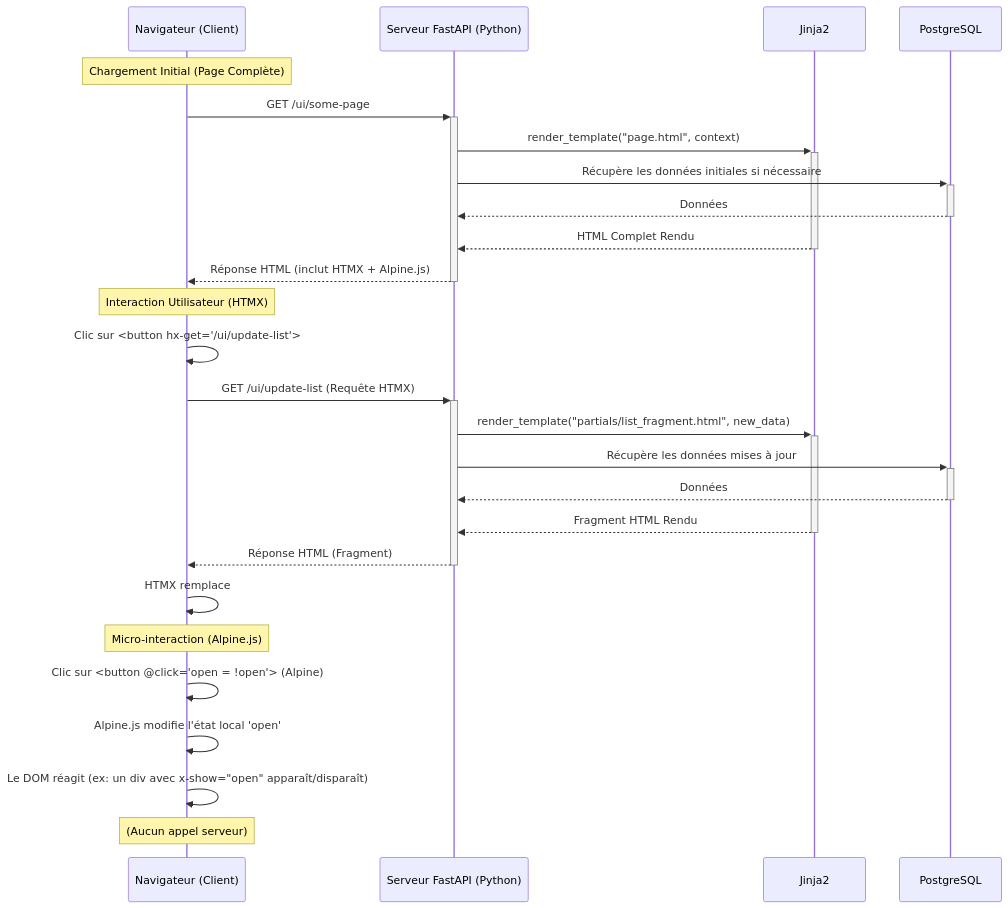
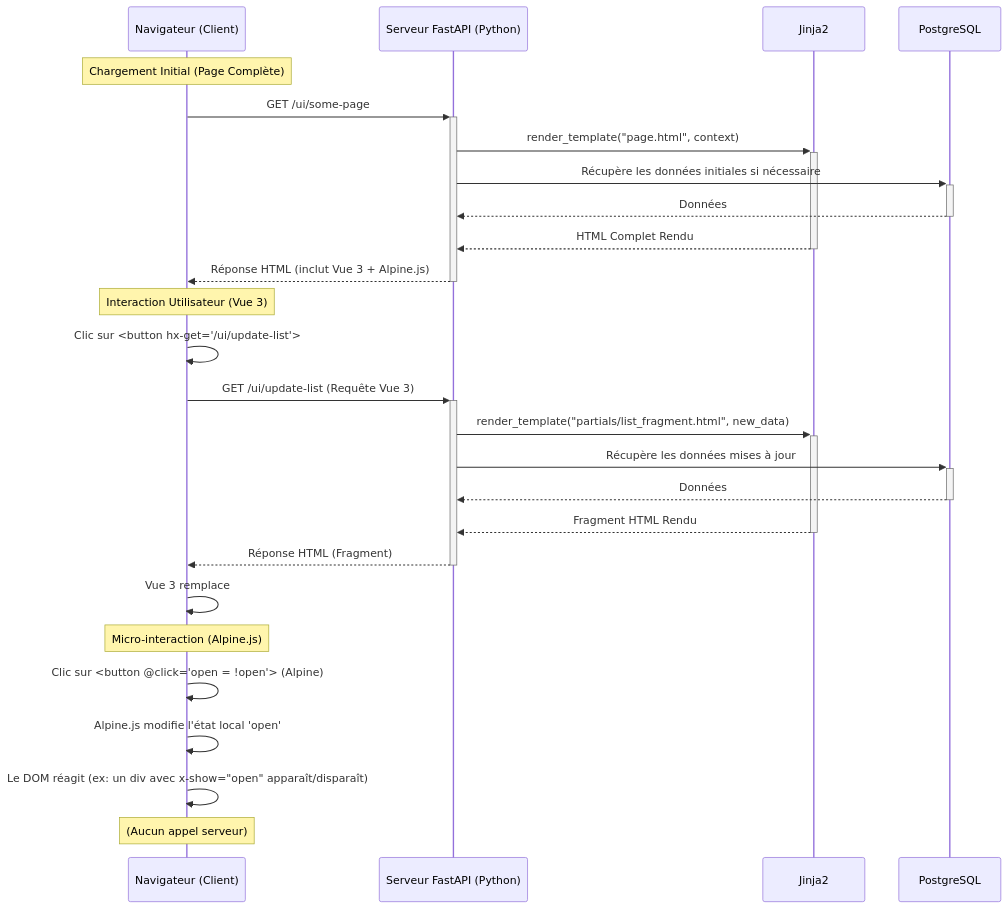
The diagram in docs/01_DECISIONS/DECISION_ui_architecture.md (giak/mnemo-lite), drawn with Mermaid before and after one commit. The commit also changed other lines of this file and 4 other files, not shown here.

````diff
--- a/docs/01_DECISIONS/DECISION_ui_architecture.md
+++ b/docs/01_DECISIONS/DECISION_ui_architecture.md
@@ -35,31 +35,31 @@
 ```mermaid
 sequenceDiagram
     participant Browser as Navigateur (Client)
     participant FastAPI as Serveur FastAPI (Python)
     participant Jinja2
     participant PostgreSQL
 
     Note over Browser: Chargement Initial (Page Complète)
     Browser->>+FastAPI: GET /ui/some-page
     FastAPI->>+Jinja2: render_template("page.html", context)
     FastAPI->>+PostgreSQL: Récupère les données initiales si nécessaire
     PostgreSQL-->>-FastAPI: Données
     Jinja2-->>-FastAPI: HTML Complet Rendu
-    FastAPI-->>-Browser: Réponse HTML (inclut HTMX + Alpine.js)
+    FastAPI-->>-Browser: Réponse HTML (inclut Vue 3 + Alpine.js)
 
-    Note over Browser: Interaction Utilisateur (HTMX)
+    Note over Browser: Interaction Utilisateur (Vue 3)
     Browser->>Browser: Clic sur <button hx-get="/ui/update-list">
-    Browser->>+FastAPI: GET /ui/update-list (Requête HTMX)
+    Browser->>+FastAPI: GET /ui/update-list (Requête Vue 3)
     FastAPI->>+Jinja2: render_template("partials/list_fragment.html", new_data)
     FastAPI->>+PostgreSQL: Récupère les données mises à jour
     PostgreSQL-->>-FastAPI: Données
     Jinja2-->>-FastAPI: Fragment HTML Rendu
     FastAPI-->>-Browser: Réponse HTML (Fragment)
-    Browser->>Browser: HTMX remplace #target-div avec le fragment reçu
+    Browser->>Browser: Vue 3 remplace #target-div avec le fragment reçu
 
     Note over Browser: Micro-interaction (Alpine.js)
     Browser->>Browser: Clic sur <button @click="open = !open"> (Alpine)
     Browser->>Browser: Alpine.js modifie l'état local 'open'
     Browser->>Browser: Le DOM réagit (ex: un div avec x-show="open" apparaît/disparaît)
     Note over Browser: (Aucun appel serveur)
 ```
````
